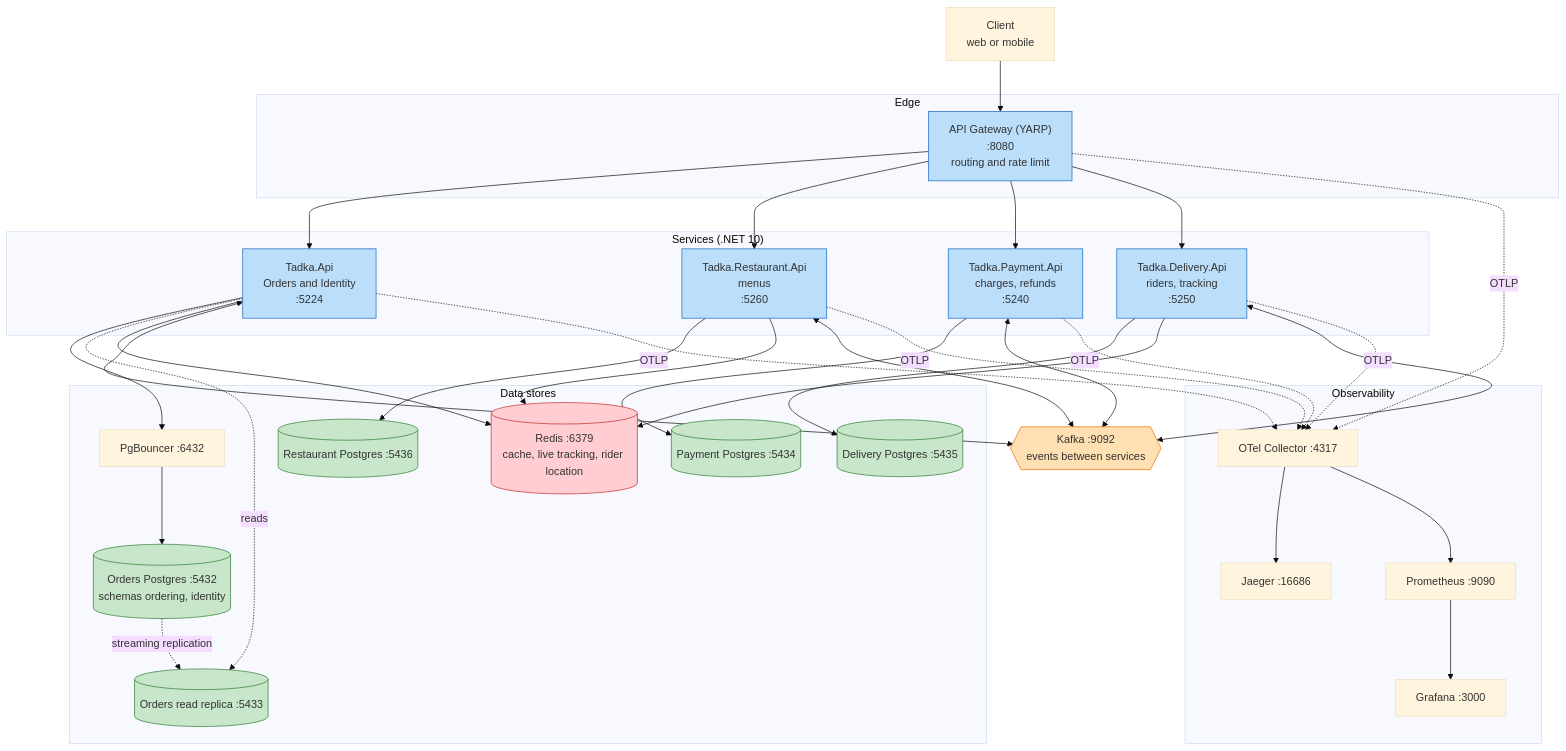
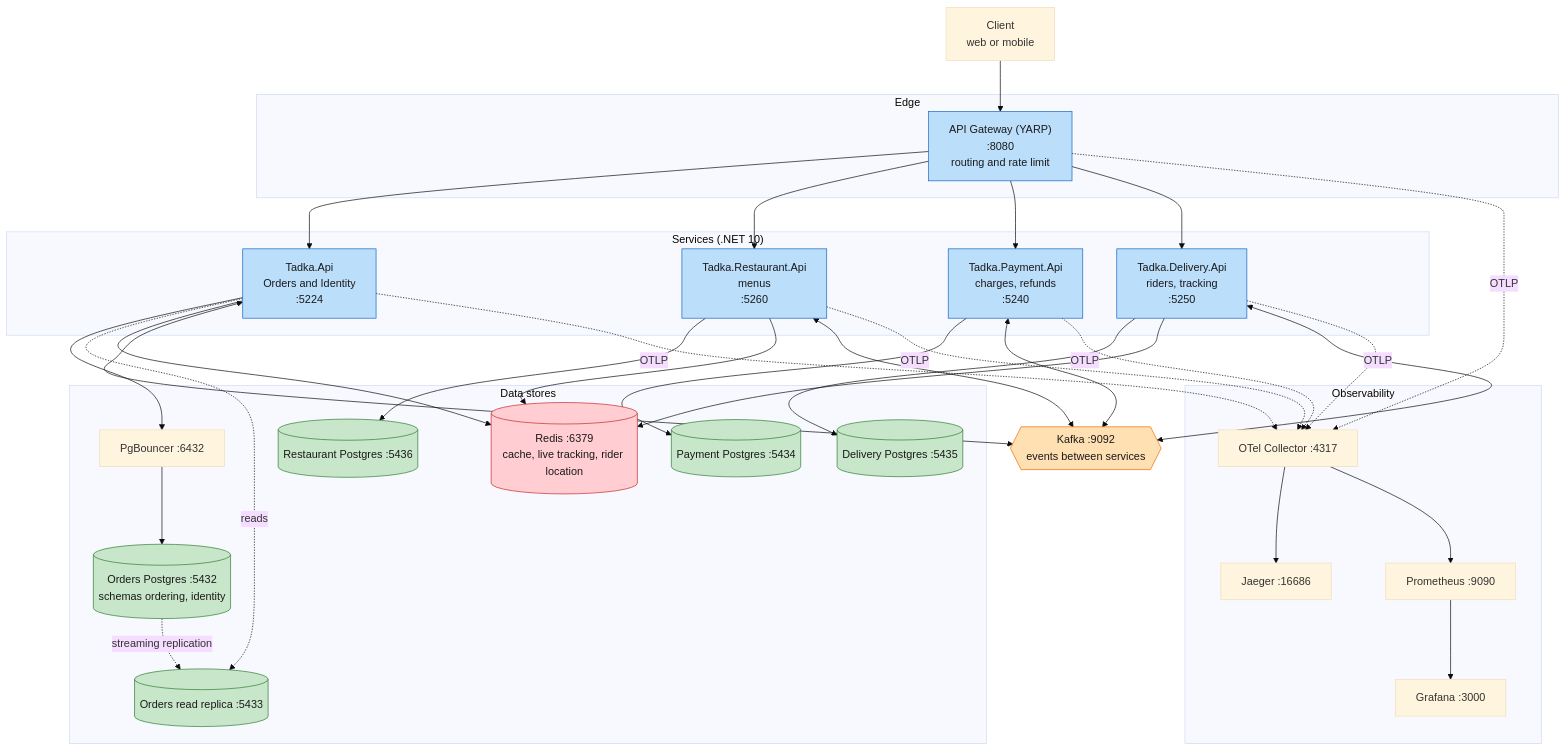
Before and after one commit to desiarchitect/tadka-cohort: the second of 19 diagrams in ai-assisted/architect-toolset/TADKA_DIAGRAM_GALLERY.md, drawn with Mermaid (base theme). The commit also changed other lines of this file and 1 other file, not shown here.

First line of the commit message:
docs(architect-toolset): make diagram node text readable in dark mode

````diff
--- a/ai-assisted/architect-toolset/TADKA_DIAGRAM_GALLERY.md
+++ b/ai-assisted/architect-toolset/TADKA_DIAGRAM_GALLERY.md
@@ -71,72 +71,72 @@
 ```mermaid
 flowchart TB
     client["Client<br/>web or mobile"]
 
     subgraph edge ["Edge"]
         gw["API Gateway (YARP)<br/>:8080<br/>routing and rate limit"]
     end
 
     subgraph services ["Services (.NET 10)"]
         api["Tadka.Api<br/>Orders and Identity<br/>:5224"]
         rest["Tadka.Restaurant.Api<br/>menus<br/>:5260"]
         pay["Tadka.Payment.Api<br/>charges, refunds<br/>:5240"]
         del["Tadka.Delivery.Api<br/>riders, tracking<br/>:5250"]
     end
 
     subgraph data ["Data stores"]
         pgb["PgBouncer :6432"]
         pg[("Orders Postgres :5432<br/>schemas ordering, identity")]
         pgr[("Orders read replica :5433")]
         pgrest[("Restaurant Postgres :5436")]
         pgpay[("Payment Postgres :5434")]
         pgdel[("Delivery Postgres :5435")]
         redis[("Redis :6379<br/>cache, live tracking, rider location")]
     end
 
     kafka{{"Kafka :9092<br/>events between services"}}
 
     subgraph obs ["Observability"]
         otel["OTel Collector :4317"]
         jaeger["Jaeger :16686"]
         prom["Prometheus :9090"]
         graf["Grafana :3000"]
     end
 
     client --> gw
     gw --> api
     gw --> rest
     gw --> pay
     gw --> del
 
     api --> pgb --> pg
     pg -. "streaming replication" .-> pgr
     api -. "reads" .-> pgr
     rest --> pgrest
     pay --> pgpay
     del --> pgdel
     api --> redis
     rest --> redis
     del --> redis
 
     api <--> kafka
     rest <--> kafka
     pay <--> kafka
     del <--> kafka
 
     api -. OTLP .-> otel
     rest -. OTLP .-> otel
     pay -. OTLP .-> otel
     del -. OTLP .-> otel
     gw -. OTLP .-> otel
     otel --> jaeger
     otel --> prom --> graf
 
-    classDef svc fill:#bbdefb,stroke:#1565c0;
-    classDef db fill:#c8e6c9,stroke:#2e7d32;
-    classDef cache fill:#ffcdd2,stroke:#c62828;
-    classDef bus fill:#ffe0b2,stroke:#ef6c00;
+    classDef svc fill:#bbdefb,stroke:#1565c0,color:#1a1a1a;
+    classDef db fill:#c8e6c9,stroke:#2e7d32,color:#1a1a1a;
+    classDef cache fill:#ffcdd2,stroke:#c62828,color:#1a1a1a;
+    classDef bus fill:#ffe0b2,stroke:#ef6c00,color:#1a1a1a;
     class api,rest,pay,del,gw svc;
     class pg,pgr,pgrest,pgpay,pgdel db;
     class redis cache;
     class kafka bus;
 ```
````
